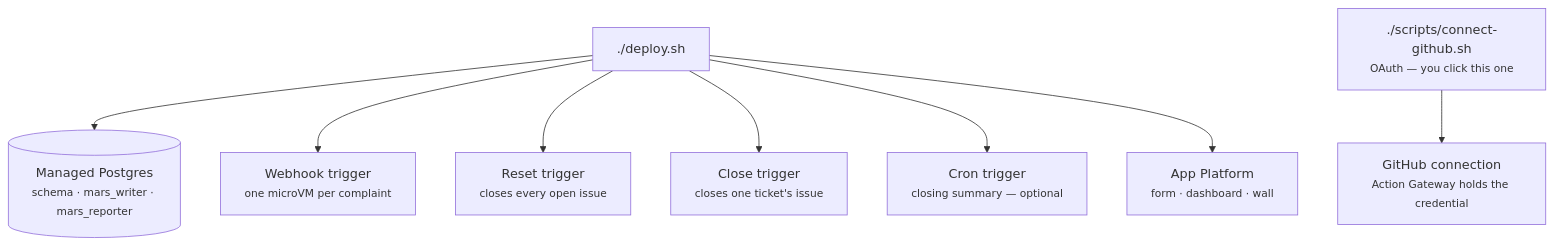
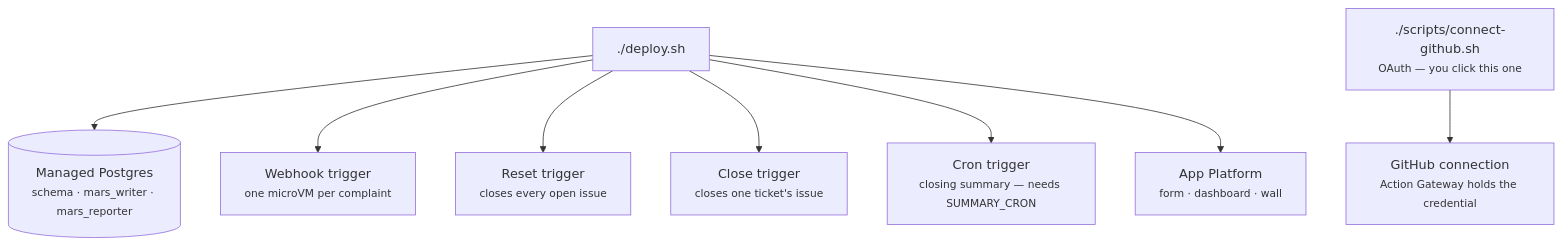
One commit to hgonzalez-do/facility_issue_demo changed the second of 3 diagrams in README.md. Above: the diagram before and after it, drawn with Mermaid. The commit also changed other lines of this file, not shown here.

````diff
--- a/README.md
+++ b/README.md
@@ -77,10 +91,10 @@
 ```mermaid
 flowchart TD
     D["./deploy.sh"] --> PG[("Managed Postgres<br/><small>schema · mars_writer · mars_reporter</small>")]
     D --> WH["Webhook trigger<br/><small>one microVM per complaint</small>"]
     D --> RS["Reset trigger<br/><small>closes every open issue</small>"]
     D --> CL["Close trigger<br/><small>closes one ticket's issue</small>"]
-    D --> CR["Cron trigger<br/><small>closing summary — optional</small>"]
+    D --> CR["Cron trigger<br/><small>closing summary — needs SUMMARY_CRON</small>"]
     D --> APP["App Platform<br/><small>form · dashboard · wall</small>"]
     C["./scripts/connect-github.sh<br/><small>OAuth — you click this one</small>"] --> AG["GitHub connection<br/><small>Action Gateway holds the credential</small>"]
 ```
````
